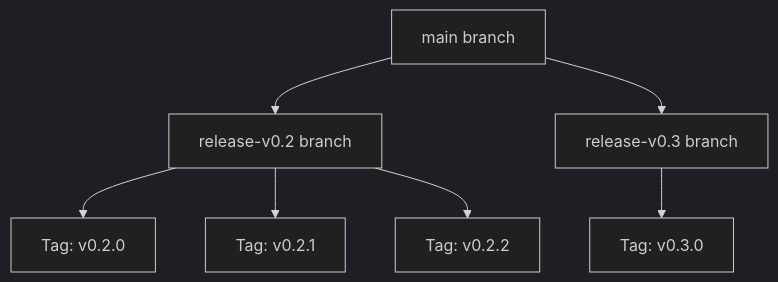
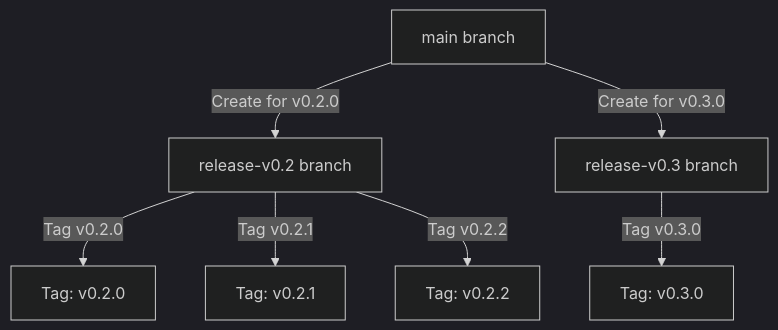
One commit to openchoreo/openchoreo changed the first of 4 diagrams in docs/deepwiki/Release-Process.md. Above: the diagram before and after it, drawn with Mermaid (dark theme). The commit also changed other lines of this file and 85 other files, not shown here.

Commit message:
feat: Add new workflow and specification templates, update Helm chart dependencies, and clarify documentation diagrams.

````diff
--- a/docs/deepwiki/Release-Process.md
+++ b/docs/deepwiki/Release-Process.md
@@ -52,18 +52,18 @@
 ```mermaid
 flowchart TD
 
 Main["main branch"]
 Release02["release-v0.2 branch"]
 Release03["release-v0.3 branch"]
 Tag020["Tag: v0.2.0"]
 Tag021["Tag: v0.2.1"]
 Tag022["Tag: v0.2.2"]
 Tag030["Tag: v0.3.0"]
 
-Main --> Release02
-Main --> Release03
-Release02 --> Tag020
-Release02 --> Tag021
-Release02 --> Tag022
-Release03 --> Tag030
+Main -->|"Create for v0.2.0"| Release02
+Main -->|"Create for v0.3.0"| Release03
+Release02 -->|"Tag v0.2.0"| Tag020
+Release02 -->|"Tag v0.2.1"| Tag021
+Release02 -->|"Tag v0.2.2"| Tag022
+Release03 -->|"Tag v0.3.0"| Tag030
 ```
````
